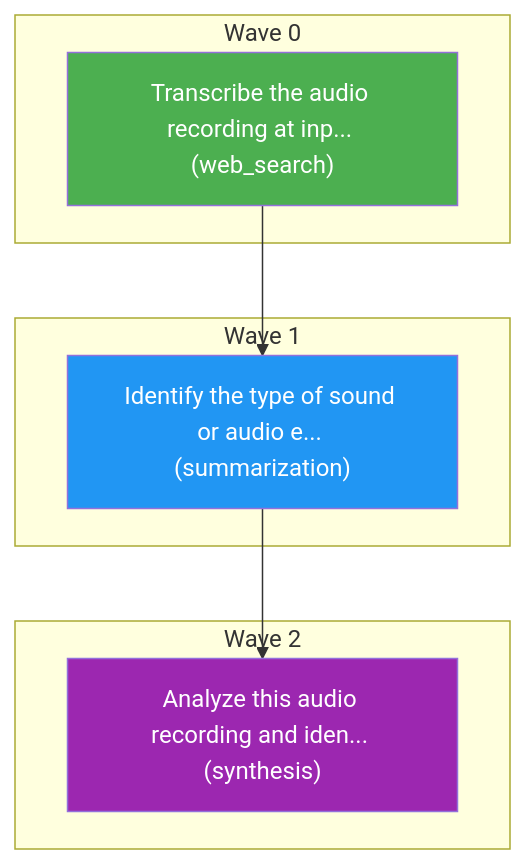
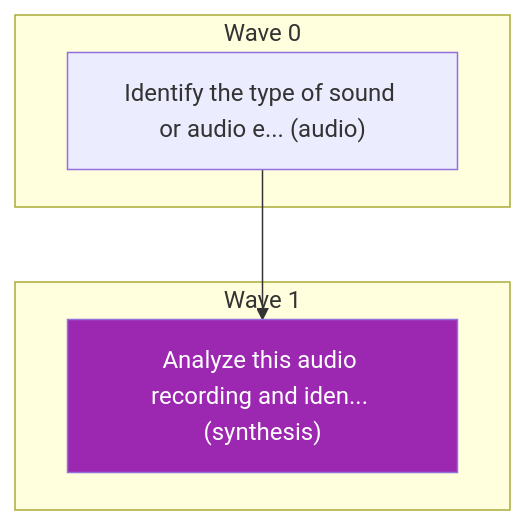
Before and after one commit to irrfannazir/VOS_agent_manager: the diagram in outputs/plan.md, drawn with Mermaid. The commit also changed other lines of this file and 26 other files, not shown here.

````diff
--- a/outputs/plan.md
+++ b/outputs/plan.md
@@ -30,22 +26,16 @@
 ```mermaid
 flowchart TD
     subgraph Wave 0
-        a["Transcribe the audio recording at inp... (web_search)"]
+        a["Identify the type of sound or audio e... (audio)"]
     end
     subgraph Wave 1
-        b["Identify the type of sound or audio e... (summarization)"]
-    end
-    subgraph Wave 2
         final["Analyze this audio recording and iden... (synthesis)"]
     end
-    a --> b
-    b --> final
+    a --> final
 
     classDef web_searchStyle fill:#4CAF50,color:#fff
     classDef summarizationStyle fill:#2196F3,color:#fff
     classDef visionStyle fill:#FF9800,color:#fff
     classDef synthesisStyle fill:#9C27B0,color:#fff
-    class a web_searchStyle
-    class b summarizationStyle
     class final synthesisStyle
 ```
````
